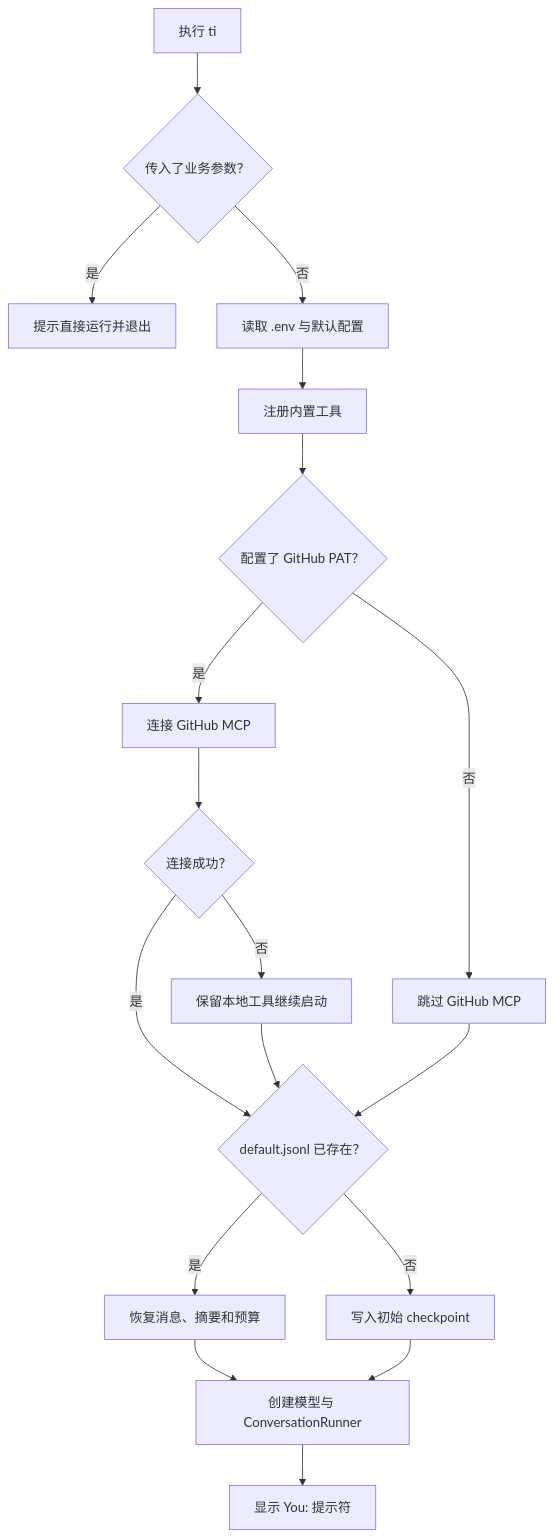
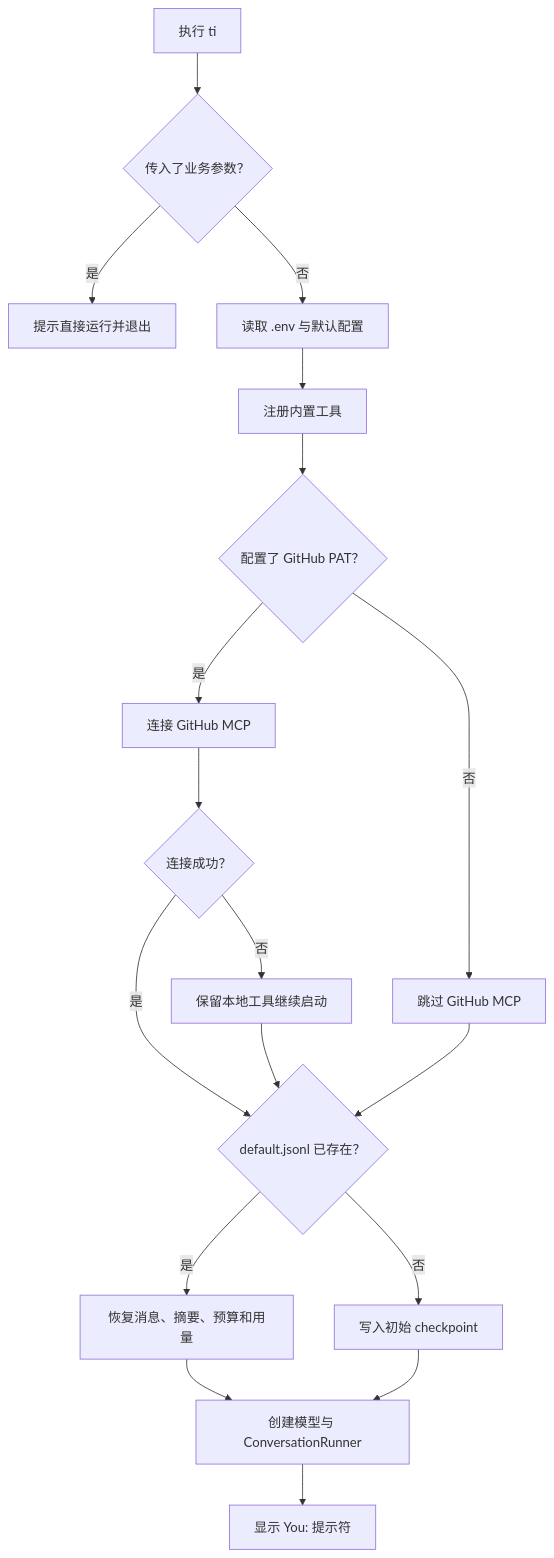
Before and after one commit to caosiwei97/super-agent: the first of 6 diagrams in README.md, drawn with Mermaid. The commit also changed other lines of this file, not shown here.

````diff
--- a/README.md
+++ b/README.md
@@ -36,20 +39,20 @@
 ```mermaid
 flowchart TD
     Start["执行 ti"] --> Args{"传入了业务参数？"}
     Args -->|是| Reject["提示直接运行并退出"]
     Args -->|否| Config["读取 .env 与默认配置"]
     Config --> Builtin["注册内置工具"]
     Builtin --> Token{"配置了 GitHub PAT？"}
     Token -->|是| MCP["连接 GitHub MCP"]
     Token -->|否| Skip["跳过 GitHub MCP"]
     MCP --> MCPResult{"连接成功？"}
     MCPResult -->|是| Session{"default.jsonl 已存在？"}
     MCPResult -->|否| Fallback["保留本地工具继续启动"]
     Fallback --> Session
     Skip --> Session
-    Session -->|是| Restore["恢复消息、摘要和预算"]
+    Session -->|是| Restore["恢复消息、摘要、预算和用量"]
     Session -->|否| Create["写入初始 checkpoint"]
     Restore --> Runtime["创建模型与 ConversationRunner"]
     Create --> Runtime
     Runtime --> Prompt["显示 You: 提示符"]
 ```
````
